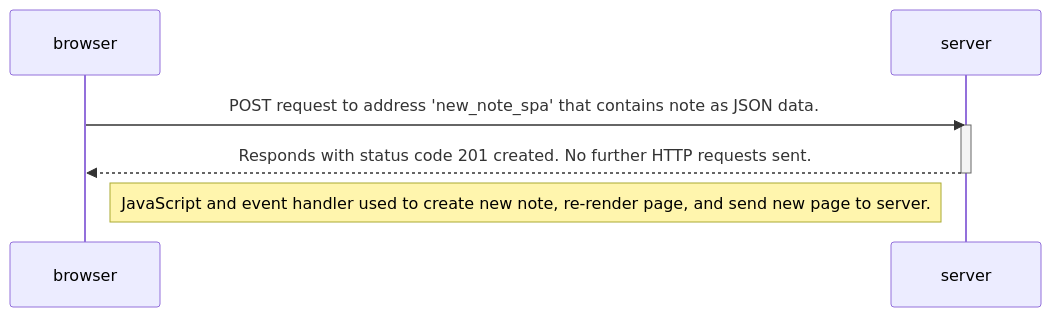
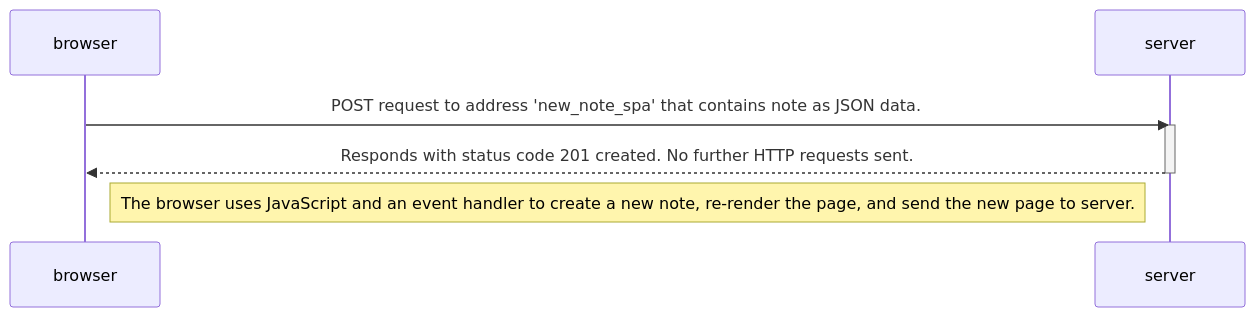
One commit to SouthFrank/Full_Stack_Open changed the second of 2 diagrams in part0/diagrams.md. Above: the diagram before and after it, drawn with Mermaid. The commit also changed other lines of this file, not shown here.

````diff
--- a/part0/diagrams.md
+++ b/part0/diagrams.md
@@ -32,14 +32,14 @@
 ```mermaid
 
 sequenceDiagram
 participant browser
 participant server
 
     browser->>server: POST request to address 'new_note_spa' that contains note as JSON data.
     activate server
     server-->>browser: Responds with status code 201 created. No further HTTP requests sent.
     deactivate server
 
-    Note right of browser: JavaScript and event handler used to create new note, re-render page, and send new page to server.
+    Note right of browser: The browser uses JavaScript and an event handler to create a new note, re-render the page, and send the new page to server.
 
 ```
````
